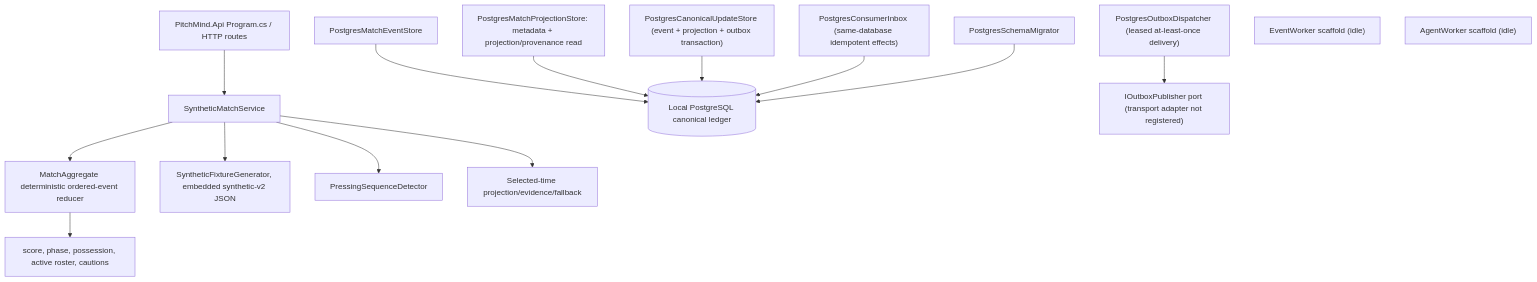
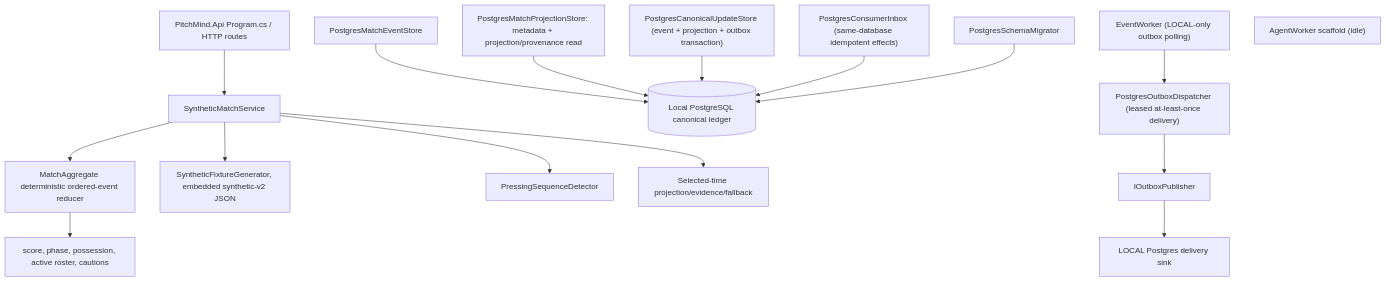
One commit to prateekgangopadhyay/PitchMind changed the first of 2 diagrams in docs/architecture/03-components.md. Above: the diagram before and after it, drawn with Mermaid. The commit also changed other lines of this file and 17 other files, not shown here.

Commit message:
Wire LOCAL PostgreSQL outbox dispatch

````diff
--- a/docs/architecture/03-components.md
+++ b/docs/architecture/03-components.md
@@ -9,17 +9,17 @@
 ```mermaid
 flowchart TB
   API["PitchMind.Api Program.cs / HTTP routes"] --> Match["SyntheticMatchService"]
   Match --> Aggregate["MatchAggregate deterministic ordered-event reducer"]
   Aggregate --> State["score, phase, possession, active roster, cautions"]
   Match --> Fixture["SyntheticFixtureGenerator, embedded synthetic-v2 JSON"]
   Match --> Press["PressingSequenceDetector"]
   Match --> Replay["Selected-time projection/evidence/fallback"]
   Ledger["PostgresMatchEventStore"] --> DB[("Local PostgreSQL canonical ledger")]
   ProjectionRead["PostgresMatchProjectionStore: metadata + projection/provenance read"] --> DB
   CanonicalWrite["PostgresCanonicalUpdateStore (event + projection + outbox transaction)"] --> DB
-  Dispatcher["PostgresOutboxDispatcher (leased at-least-once delivery)"] --> Publisher["IOutboxPublisher port (transport adapter not registered)"]
+  Dispatcher["PostgresOutboxDispatcher (leased at-least-once delivery)"] --> Publisher["IOutboxPublisher"] --> LocalSink["LOCAL Postgres delivery sink"]
   Inbox["PostgresConsumerInbox (same-database idempotent effects)"] --> DB
   Migrator["PostgresSchemaMigrator"] --> DB
-  EventWorker["EventWorker scaffold (idle)"]
+  EventWorker["EventWorker (LOCAL-only outbox polling)"] --> Dispatcher
   AgentWorker["AgentWorker scaffold (idle)"]
 ```
````
